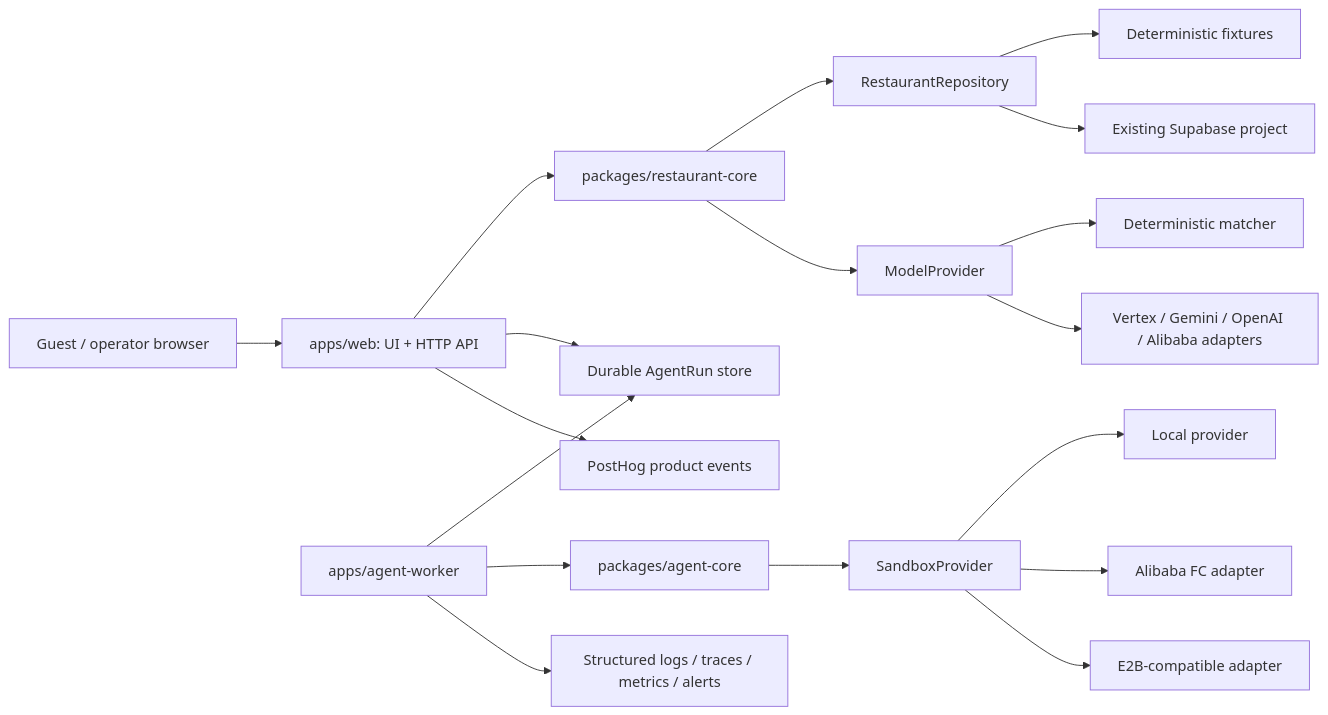
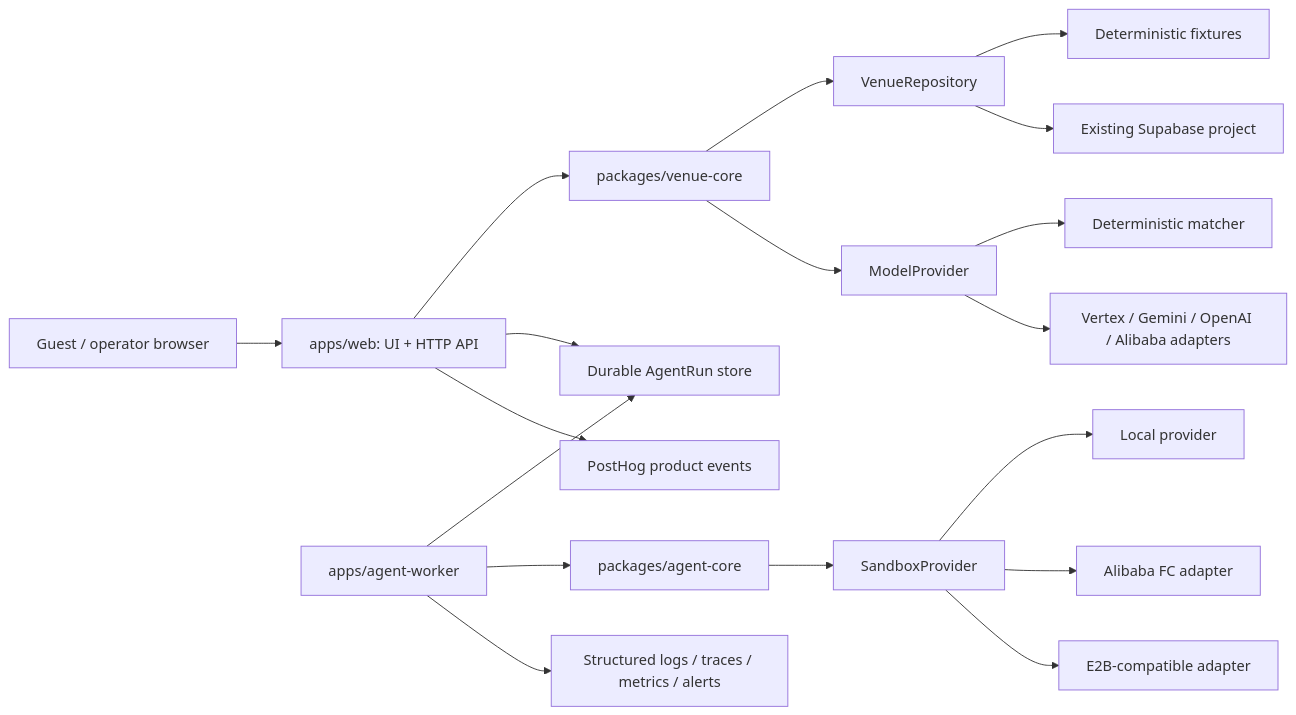
The diagram in docs/architecture/target-architecture.md (daaabing/vibetail-v2), drawn with Mermaid before and after one commit. The commit also changed other lines of this file and 99 other files, not shown here.

````diff
--- a/docs/architecture/target-architecture.md
+++ b/docs/architecture/target-architecture.md
@@ -11,20 +11,20 @@
 ```mermaid
 flowchart LR
   Browser["Guest / operator browser"] --> Web["apps/web: UI + HTTP API"]
-  Web --> Restaurant["packages/restaurant-core"]
-  Restaurant --> Repo["RestaurantRepository"]
+  Web --> Venue["packages/venue-core"]
+  Venue --> Repo["VenueRepository"]
   Repo --> Fixture["Deterministic fixtures"]
   Repo --> Supabase["Existing Supabase project"]
-  Restaurant --> Model["ModelProvider"]
+  Venue --> Model["ModelProvider"]
   Model --> Deterministic["Deterministic matcher"]
   Model --> RemoteModels["Vertex / Gemini / OpenAI / Alibaba adapters"]
   Web --> RunStore["Durable AgentRun store"]
   Worker["apps/agent-worker"] --> RunStore
   Worker --> Agent["packages/agent-core"]
   Agent --> Sandbox["SandboxProvider"]
   Sandbox --> Local["Local provider"]
   Sandbox --> FC["Alibaba FC adapter"]
   Sandbox --> E2B["E2B-compatible adapter"]
   Web --> Telemetry["PostHog product events"]
   Worker --> Observability["Structured logs / traces / metrics / alerts"]
 ```
````
